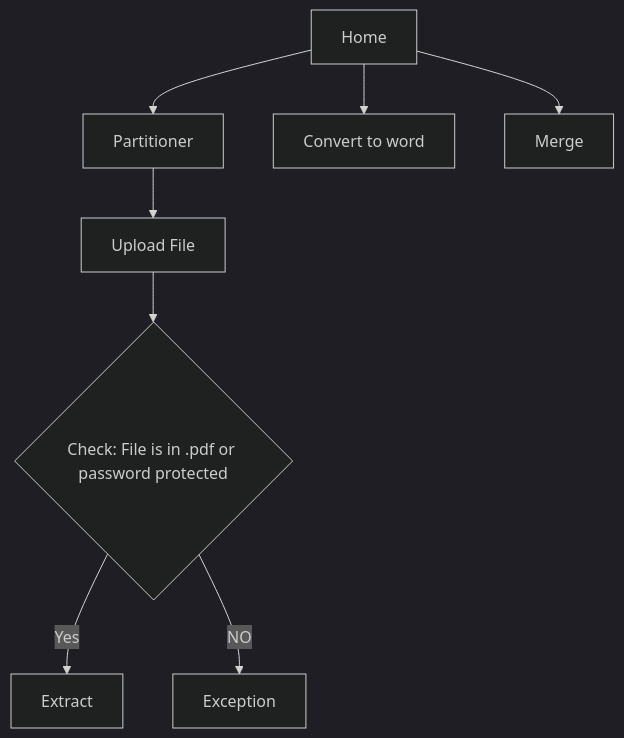
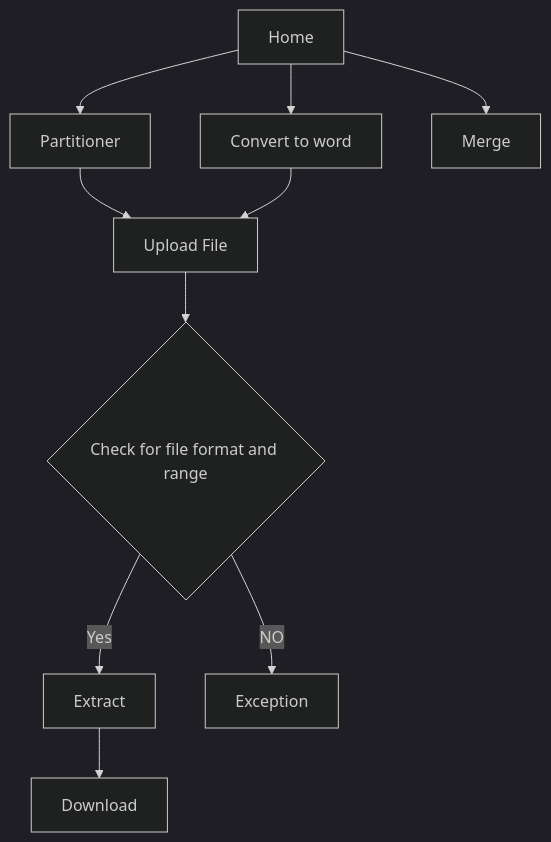
Before and after one commit to Bibhash7/PDF-Partitioner: the diagram in README.md, drawn with Mermaid (dark theme).

````diff
--- a/README.md
+++ b/README.md
@@ -15,10 +15,13 @@
 ``` mermaid
 graph TD;
     A[Home]-->P[Partitioner];
     A-->W[Convert to word];
     A-->M[Merge];
     P-->U[Upload File];
-    U-->CON{Check: File is in .pdf or password protected}
+    U-->CON{Check for file format and range}
     CON--Yes--> CVT[Extract]
+    CVT-->DNLD[Download]
     CON--NO--> NCVT[Exception]
+    W-->U
+    
 ```
````
